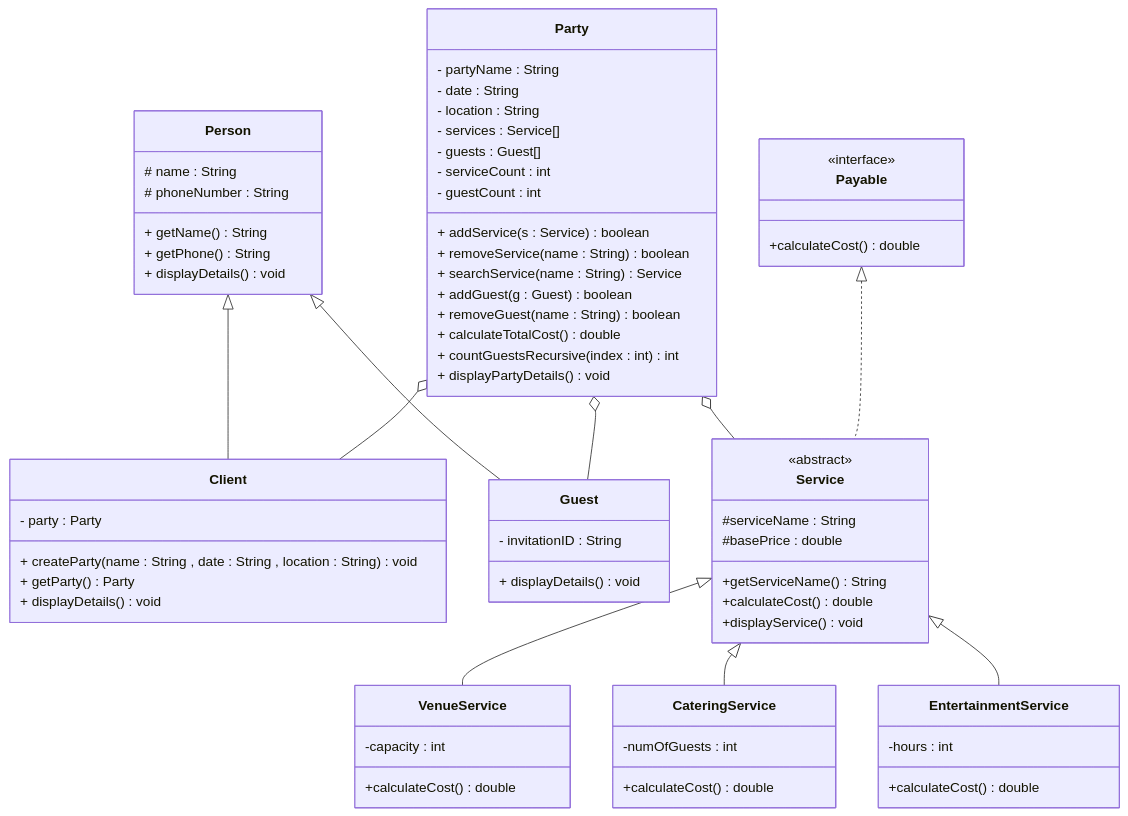
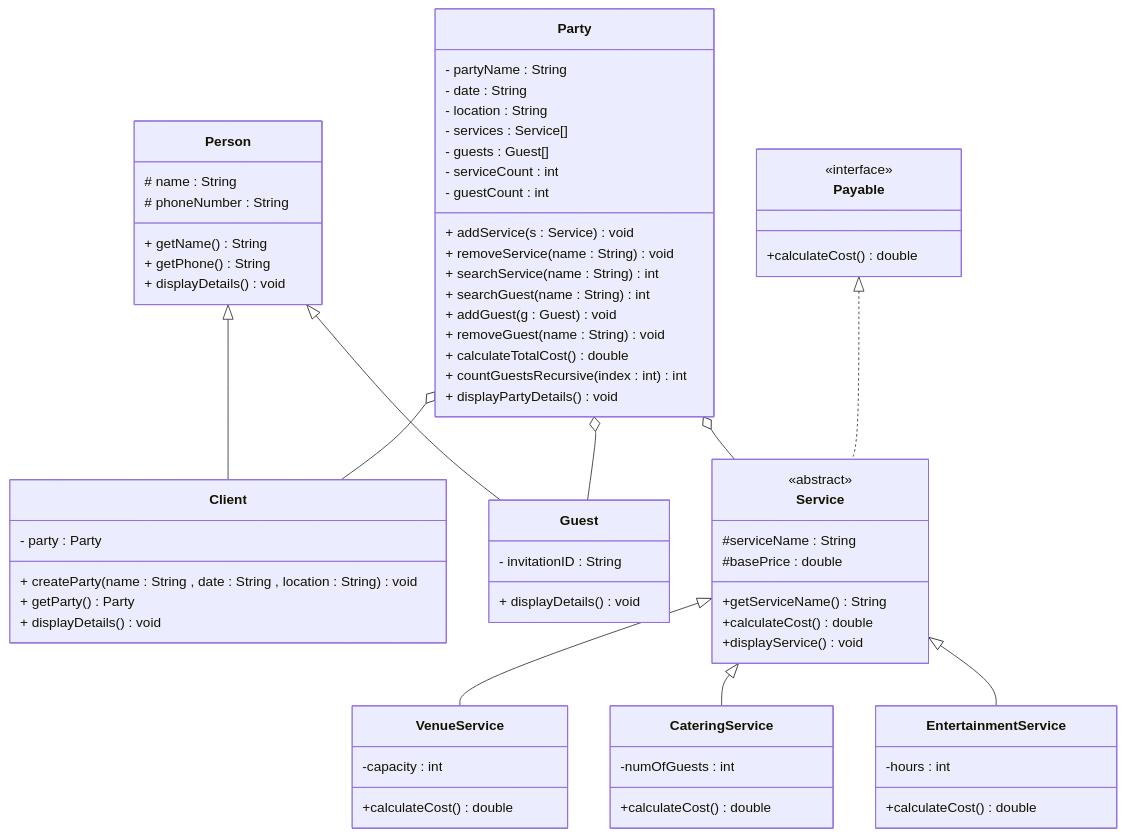
Before and after one commit to Aljawharah46/CSC113-project-P1: the diagram in README.md, drawn with Mermaid.

```diff
--- a/README.md
+++ b/README.md
@@ -30,11 +30,12 @@
 - guests : Guest[]
 - serviceCount : int
 - guestCount : int
-+ addService(s : Service) boolean
-+ removeService(name : String) boolean
-+ searchService(name : String) Service
-+ addGuest(g : Guest) boolean
-+ removeGuest(name : String) boolean
++ addService(s : Service) void
++ removeService(name : String) void
++ searchService(name : String) int
++ searchGuest(name : String) int
++ addGuest(g : Guest) void
++ removeGuest(name : String) void
 + calculateTotalCost() double
 + countGuestsRecursive(index : int) int
 + displayPartyDetails() void
```
